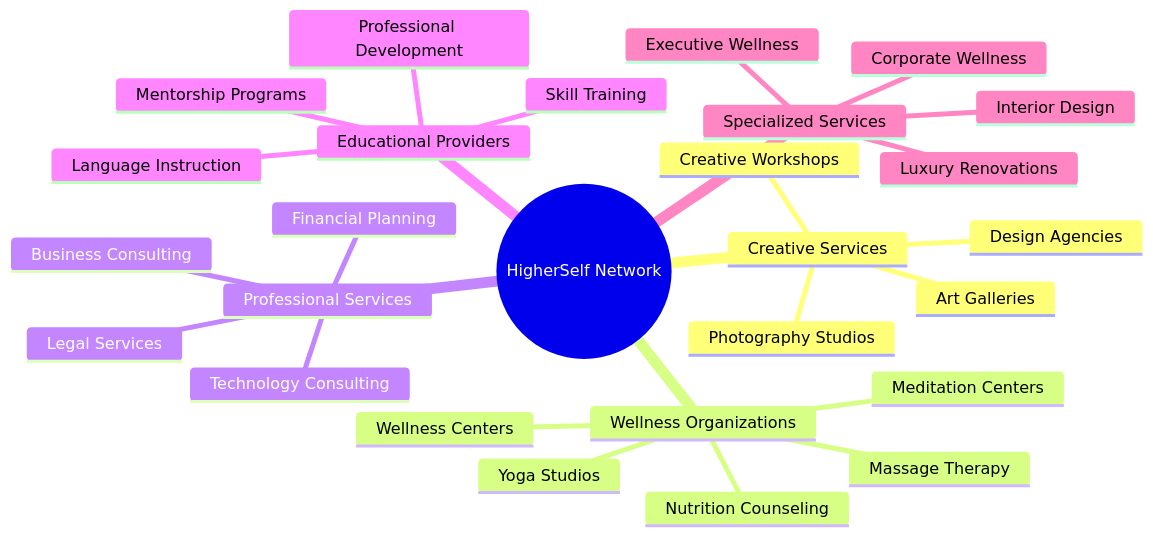
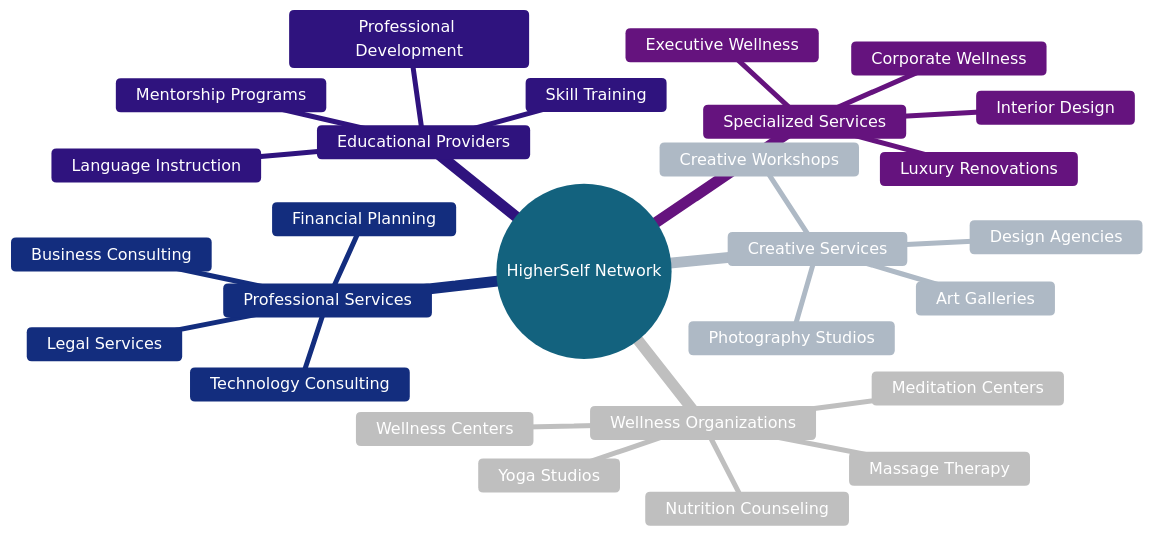
Before and after one commit to Utak-West/The-HigherSelf-Network-Server: the second of 5 diagrams in README.md, drawn with Mermaid. The commit also changed other lines of this file, not shown here.

````diff
--- a/README.md
+++ b/README.md
@@ -332,30 +359,46 @@
 ```mermaid
 mindmap
   root((HigherSelf Network))
     Creative Services
       Art Galleries
       Photography Studios
       Design Agencies
       Creative Workshops
     Wellness Organizations
       Wellness Centers
       Massage Therapy
       Yoga Studios
       Meditation Centers
       Nutrition Counseling
     Professional Services
       Business Consulting
       Legal Services
       Financial Planning
       Technology Consulting
     Educational Providers
       Skill Training
       Language Instruction
       Professional Development
       Mentorship Programs
     Specialized Services
       Interior Design
       Luxury Renovations
       Executive Wellness
       Corporate Wellness
+
+%%{init: {
+  'theme': 'base',
+  'themeVariables': {
+    'primaryColor': '#31B2E0',
+    'primaryTextColor': '#FFFFFF',
+    'primaryBorderColor': '#000000',
+    'lineColor': '#31B2E0',
+    'secondaryColor': '#F8F9FA',
+    'tertiaryColor': '#FFFFFF',
+    'background': '#FFFFFF',
+    'mainBkg': '#31B2E0',
+    'secondBkg': '#F8F9FA',
+    'tertiaryBkg': '#FFFFFF'
+  }
+}}%%
 ```
````
